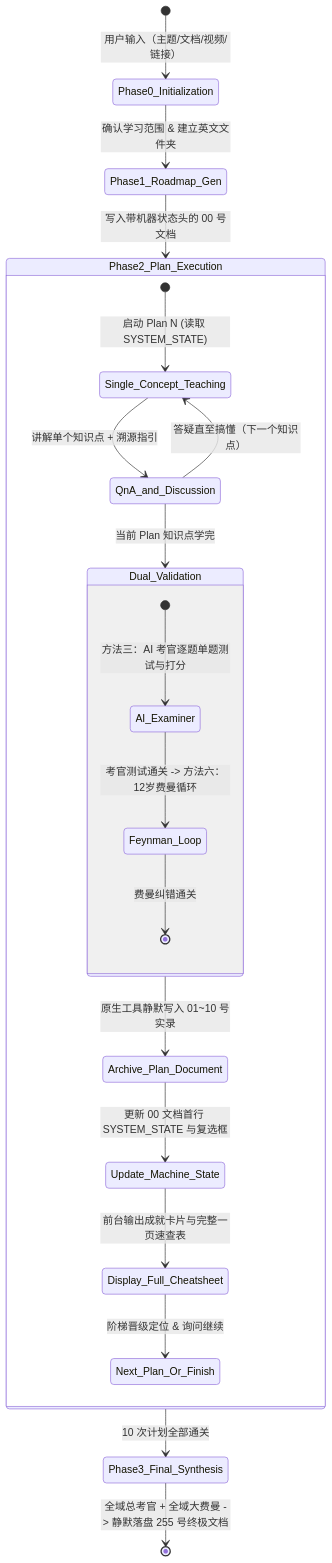
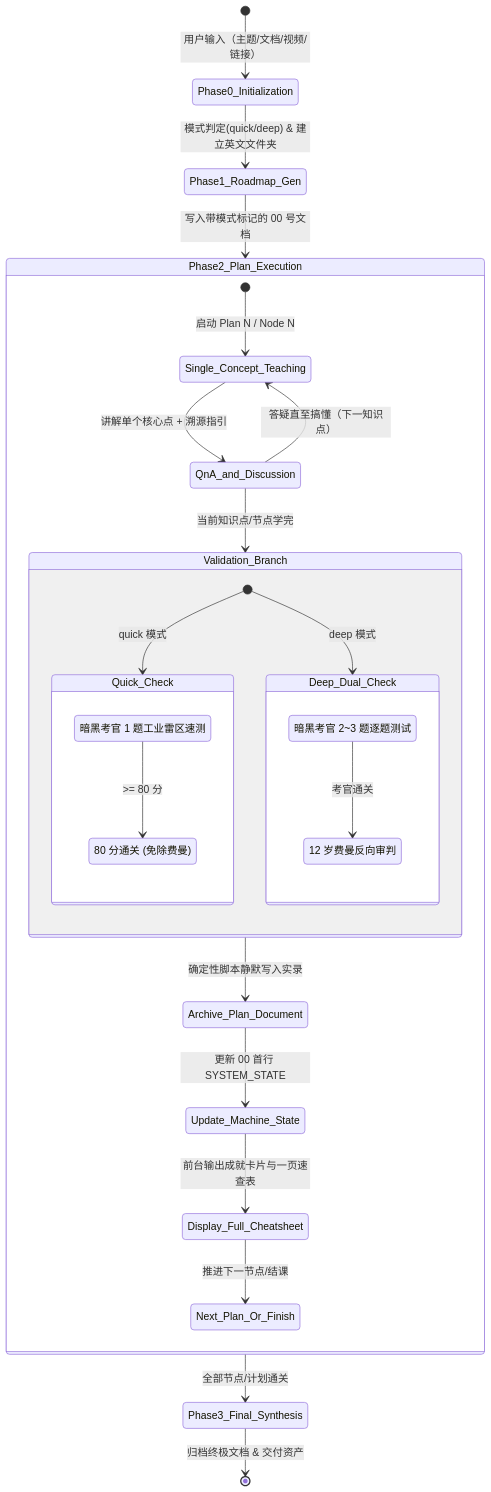
The diagram in SKILL.md (lowellran/Study_via_AI), drawn with Mermaid before and after one commit. The commit also changed other lines of this file and 2 other files, not shown here.

Commit message:
feat: release v0.1.9 - Full Session Physical Lock, Zero Silent Error Interception, and Graceful Tool-Degradation Immunity

````diff
--- a/SKILL.md
+++ b/SKILL.md
@@ -78,27 +91,38 @@
 ```mermaid
 stateDiagram-v2
     [*] --> Phase0_Initialization: 用户输入（主题/文档/视频/链接）
-    Phase0_Initialization --> Phase1_Roadmap_Gen: 确认学习范围 & 建立英文文件夹
-    Phase1_Roadmap_Gen --> Phase2_Plan_Execution: 写入带机器状态头的 00 号文档
+    Phase0_Initialization --> Phase1_Roadmap_Gen: 模式判定(quick/deep) & 建立英文文件夹
+    Phase1_Roadmap_Gen --> Phase2_Plan_Execution: 写入带模式标记的 00 号文档
     
     state Phase2_Plan_Execution {
-        [*] --> Single_Concept_Teaching: 启动 Plan N (读取 SYSTEM_STATE)
-        Single_Concept_Teaching --> QnA_and_Discussion: 讲解单个知识点 + 溯源指引
-        QnA_and_Discussion --> Single_Concept_Teaching: 答疑直至搞懂（下一个知识点）
-        QnA_and_Discussion --> Dual_Validation: 当前 Plan 知识点学完
+        [*] --> Single_Concept_Teaching: 启动 Plan N / Node N
+        Single_Concept_Teaching --> QnA_and_Discussion: 讲解单个核心点 + 溯源指引
+        QnA_and_Discussion --> Single_Concept_Teaching: 答疑直至搞懂（下一知识点）
+        QnA_and_Discussion --> Validation_Branch: 当前知识点/节点学完
         
-        state Dual_Validation {
-            [*] --> AI_Examiner: 方法三：AI 考官逐题单题测试与打分
-            AI_Examiner --> Feynman_Loop: 考官测试通关 -> 方法六：12岁费曼循环
-            Feynman_Loop --> [*]: 费曼纠错通关
+        state Validation_Branch {
+            [*] --> Quick_Check: quick 模式
+            [*] --> Deep_Dual_Check: deep 模式
+            
+            state Quick_Check {
+                QC_Examiner: 暗黑考官 1 题工业雷区速测
+                QC_Pass: 80 分通关 (免除费曼)
+                QC_Examiner --> QC_Pass: >= 80 分
+            }
+            
+            state Deep_Dual_Check {
+                DC_Examiner: 暗黑考官 2~3 题逐题测试
+                DC_Feynman: 12 岁费曼反向审判
+                DC_Examiner --> DC_Feynman: 考官通关
+            }
         }
         
-        Dual_Validation --> Archive_Plan_Document: 原生工具静默写入 01~10 号实录
-        Archive_Plan_Document --> Update_Machine_State: 更新 00 文档首行 SYSTEM_STATE 与复选框
-        Update_Machine_State --> Display_Full_Cheatsheet: 前台输出成就卡片与完整一页速查表
-        Display_Full_Cheatsheet --> Next_Plan_Or_Finish: 阶梯晋级定位 & 询问继续
+        Validation_Branch --> Archive_Plan_Document: 确定性脚本静默写入实录
+        Archive_Plan_Document --> Update_Machine_State: 更新 00 首行 SYSTEM_STATE
+        Update_Machine_State --> Display_Full_Cheatsheet: 前台输出成就卡片与一页速查表
+        Display_Full_Cheatsheet --> Next_Plan_Or_Finish: 推进下一节点/结课
     }
     
-    Phase2_Plan_Execution --> Phase3_Final_Synthesis: 10 次计划全部通关
-    Phase3_Final_Synthesis --> [*]: 全域总考官 + 全域大费曼 -> 静默落盘 255 号终极文档
+    Phase2_Plan_Execution --> Phase3_Final_Synthesis: 全部节点/计划通关
+    Phase3_Final_Synthesis --> [*]: 归档终极文档 & 交付资产
 ```
````
